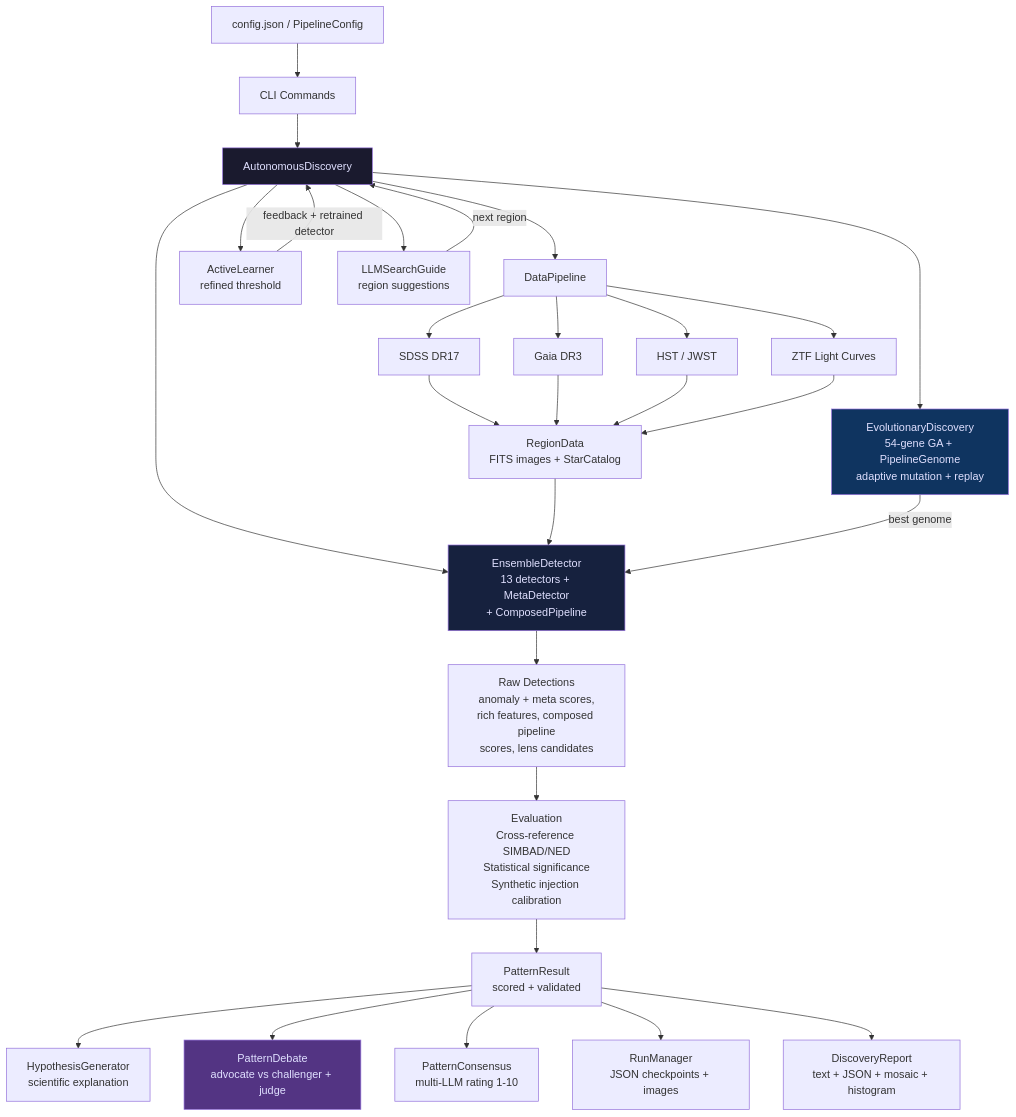
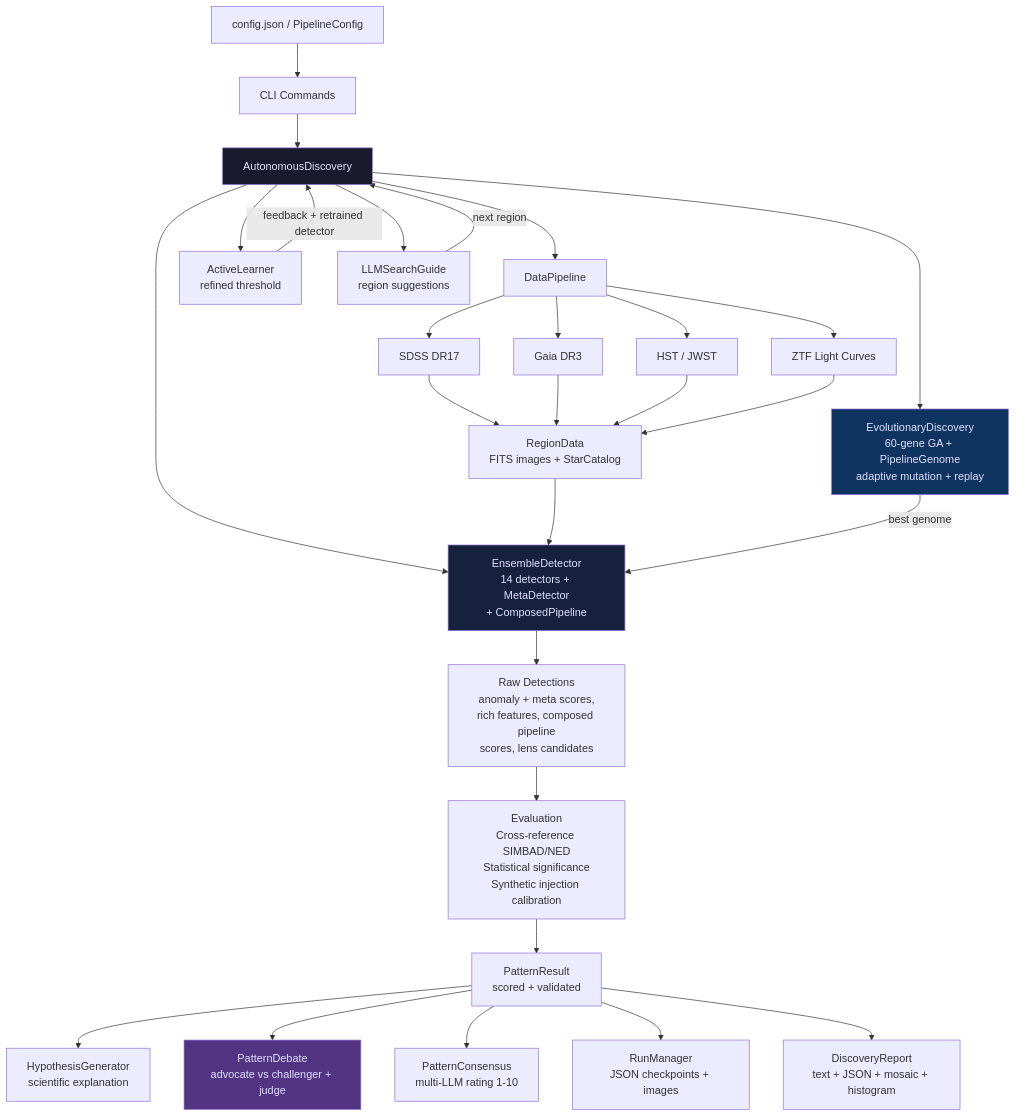
The first of 15 diagrams in docs/ARCHITECTURE.md (rondilley/StarPattern_AI), drawn with Mermaid before and after one commit. The commit also changed other lines of this file and 28 other files, not shown here.

````diff
--- a/docs/ARCHITECTURE.md
+++ b/docs/ARCHITECTURE.md
@@ -14,43 +14,43 @@
 ```mermaid
 flowchart TD
     CONFIG[config.json / PipelineConfig] --> CLI[CLI Commands]
     CLI --> AD[AutonomousDiscovery]
 
     AD --> DP[DataPipeline]
     DP --> SDSS[SDSS DR17]
     DP --> GAIA[Gaia DR3]
     DP --> MAST[HST / JWST]
     DP --> ZTF[ZTF Light Curves]
     SDSS --> RD[RegionData\nFITS images + StarCatalog]
     GAIA --> RD
     MAST --> RD
     ZTF --> RD
 
-    AD --> ED[EnsembleDetector\n13 detectors + MetaDetector\n+ ComposedPipeline]
+    AD --> ED[EnsembleDetector\n14 detectors + MetaDetector\n+ ComposedPipeline]
     RD --> ED
     ED --> RAW[Raw Detections\nanomaly + meta scores,\nrich features, composed pipeline\nscores, lens candidates]
 
     RAW --> EVAL[Evaluation\nCross-reference SIMBAD/NED\nStatistical significance\nSynthetic injection calibration]
     EVAL --> PR[PatternResult\nscored + validated]
 
     PR --> HYP[HypothesisGenerator\nscientific explanation]
     PR --> DEBATE[PatternDebate\nadvocate vs challenger + judge]
     PR --> CONS[PatternConsensus\nmulti-LLM rating 1-10]
 
-    AD --> EVO[EvolutionaryDiscovery\n54-gene GA + PipelineGenome\nadaptive mutation + replay]
+    AD --> EVO[EvolutionaryDiscovery\n60-gene GA + PipelineGenome\nadaptive mutation + replay]
     EVO --> |best genome| ED
 
     AD --> AL[ActiveLearner\nrefined threshold]
     AL --> |feedback + retrained detector| AD
 
     AD --> GUIDE[LLMSearchGuide\nregion suggestions]
     GUIDE --> |next region| AD
 
     PR --> RM[RunManager\nJSON checkpoints + images]
     PR --> RPT[DiscoveryReport\ntext + JSON + mosaic + histogram]
 
     style AD fill:#1a1a2e,color:#e0e0ff
     style ED fill:#16213e,color:#e0e0ff
     style EVO fill:#0f3460,color:#e0e0ff
     style DEBATE fill:#533483,color:#e0e0ff
 ```
````
